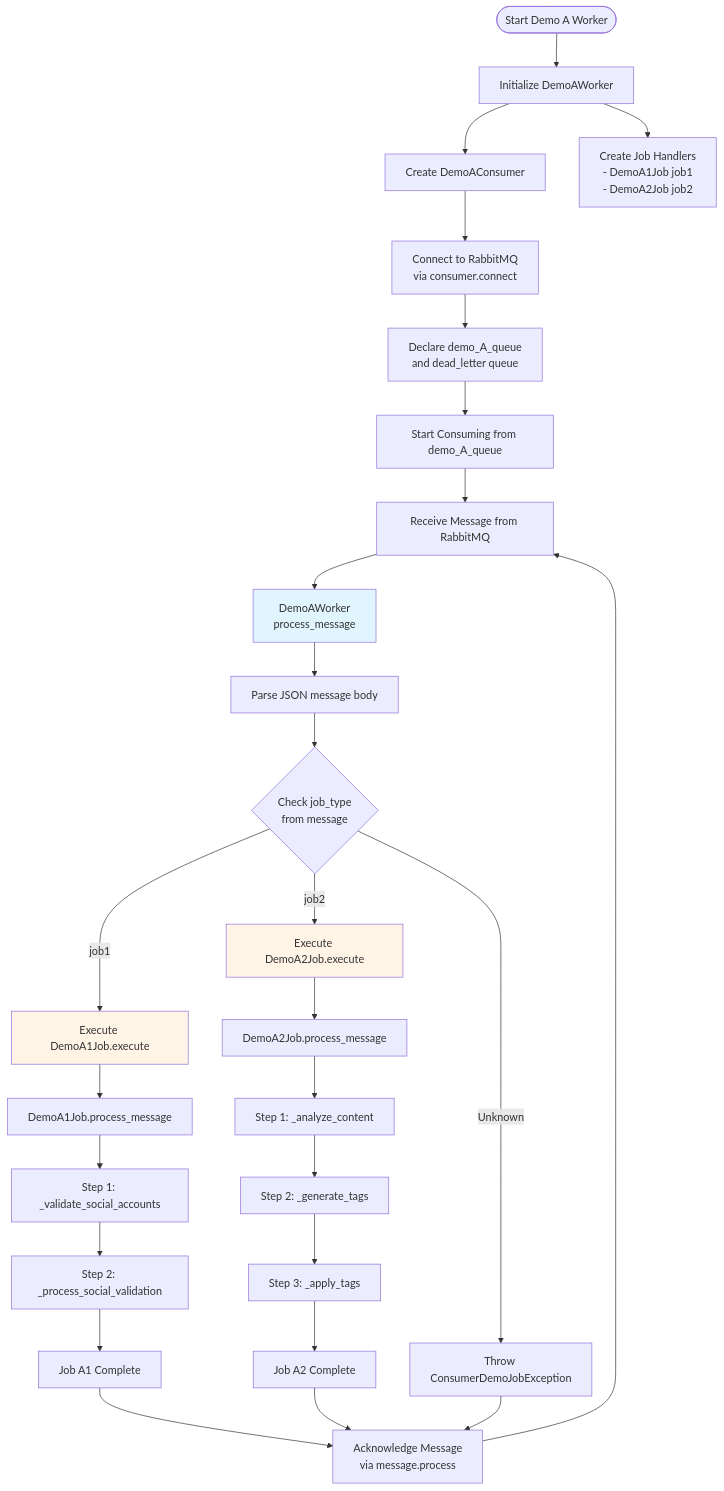
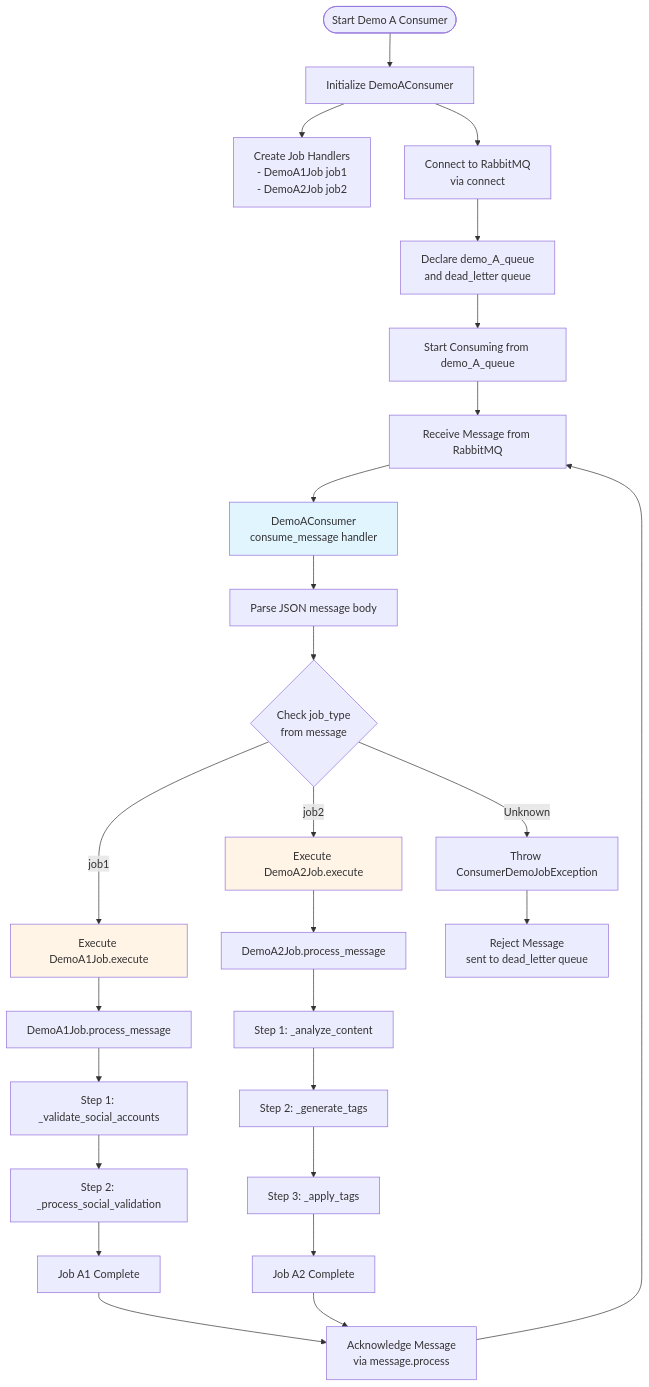
The second of 3 diagrams in demo_a_architecture.md (ai-botxbyte/browser-profile-serp-orchestration-service), drawn with Mermaid before and after one commit. The commit also changed other lines of this file and 15 other files, not shown here.

Commit message:
Refactor Demo A and Demo B consumers to handle job execution directly, removing the BaseAppWorker class. Update message processing logic to improve clarity and maintainability. Enhance error handling and logging for better debugging during job execution.

````diff
--- a/demo_a_architecture.md
+++ b/demo_a_architecture.md
@@ -110,41 +93,40 @@
 ```mermaid
 flowchart TD
-    Start([Start Demo A Worker]) --> Init[Initialize DemoAWorker]
-    Init --> CreateConsumer[Create DemoAConsumer]
+    Start([Start Demo A Consumer]) --> Init[Initialize DemoAConsumer]
     Init --> CreateJobs[Create Job Handlers<br/>- DemoA1Job job1<br/>- DemoA2Job job2]
     
-    CreateConsumer --> Connect[Connect to RabbitMQ<br/>via consumer.connect]
+    Init --> Connect[Connect to RabbitMQ<br/>via connect]
     Connect --> DeclareQueue[Declare demo_A_queue<br/>and dead_letter queue]
     DeclareQueue --> StartConsuming[Start Consuming from demo_A_queue]
     
     StartConsuming --> ReceiveMsg[Receive Message from RabbitMQ]
-    ReceiveMsg --> WorkerProcess[DemoAWorker<br/>process_message]
+    ReceiveMsg --> ConsumerProcess[DemoAConsumer<br/>consume_message handler]
     
-    WorkerProcess --> ParseJSON[Parse JSON message body]
+    ConsumerProcess --> ParseJSON[Parse JSON message body]
     ParseJSON --> CheckJobType{Check job_type<br/>from message}
     
     CheckJobType -->|job1| ExecuteA1[Execute DemoA1Job.execute]
     CheckJobType -->|job2| ExecuteA2[Execute DemoA2Job.execute]
     CheckJobType -->|Unknown| JobError[Throw ConsumerDemoJobException]
     
     ExecuteA1 --> A1Process[DemoA1Job.process_message]
     A1Process --> A1Step1[Step 1: _validate_social_accounts]
     A1Step1 --> A1Step2[Step 2: _process_social_validation]
     A1Step2 --> A1Complete[Job A1 Complete]
     
     ExecuteA2 --> A2Process[DemoA2Job.process_message]
     A2Process --> A2Step1[Step 1: _analyze_content]
     A2Step1 --> A2Step2[Step 2: _generate_tags]
     A2Step2 --> A2Step3[Step 3: _apply_tags]
     A2Step3 --> A2Complete[Job A2 Complete]
     
     A1Complete --> AckMsg[Acknowledge Message<br/>via message.process]
     A2Complete --> AckMsg
-    JobError --> AckMsg
+    JobError --> RejectMsg[Reject Message<br/>sent to dead_letter queue]
     
     AckMsg --> ReceiveMsg
     
     style ExecuteA1 fill:#fff4e6
     style ExecuteA2 fill:#fff4e6
-    style WorkerProcess fill:#e1f5ff
+    style ConsumerProcess fill:#e1f5ff
 ```
````
